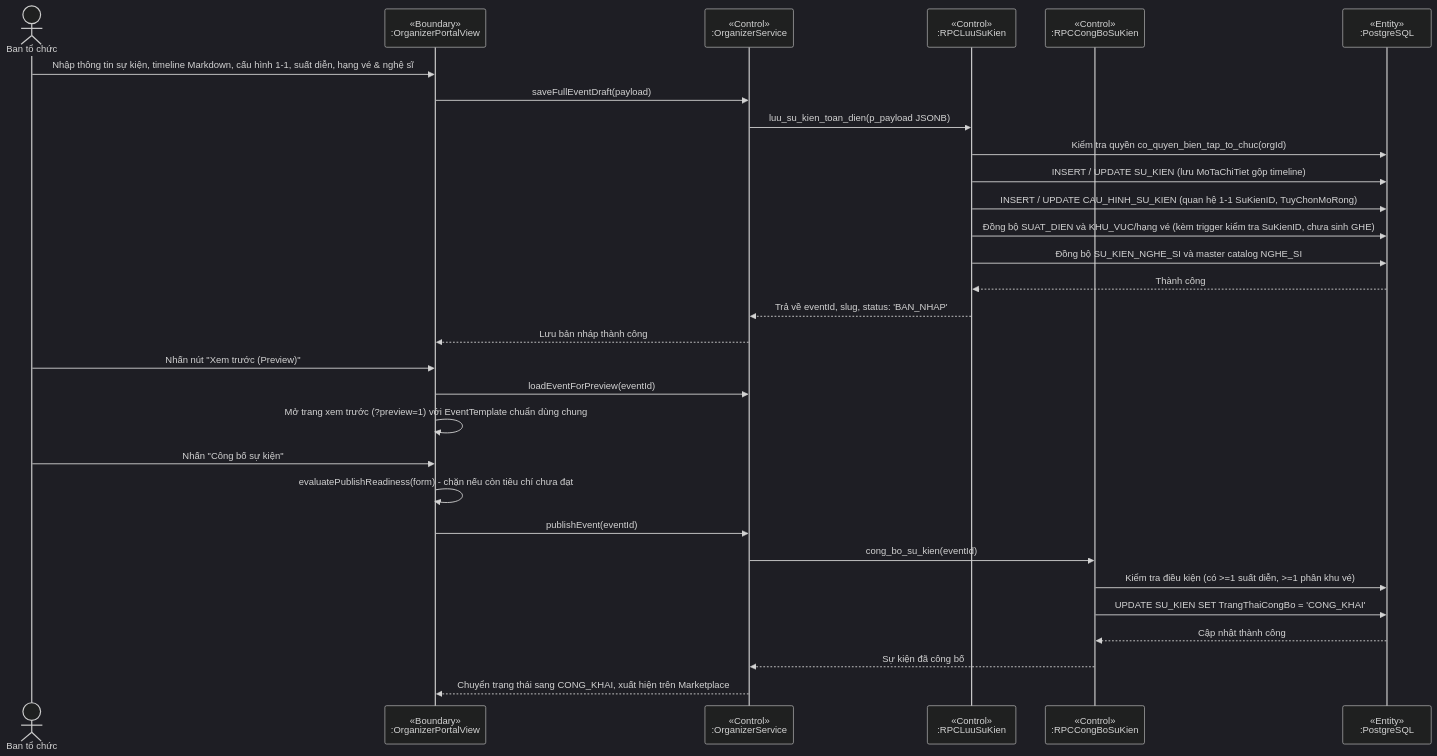
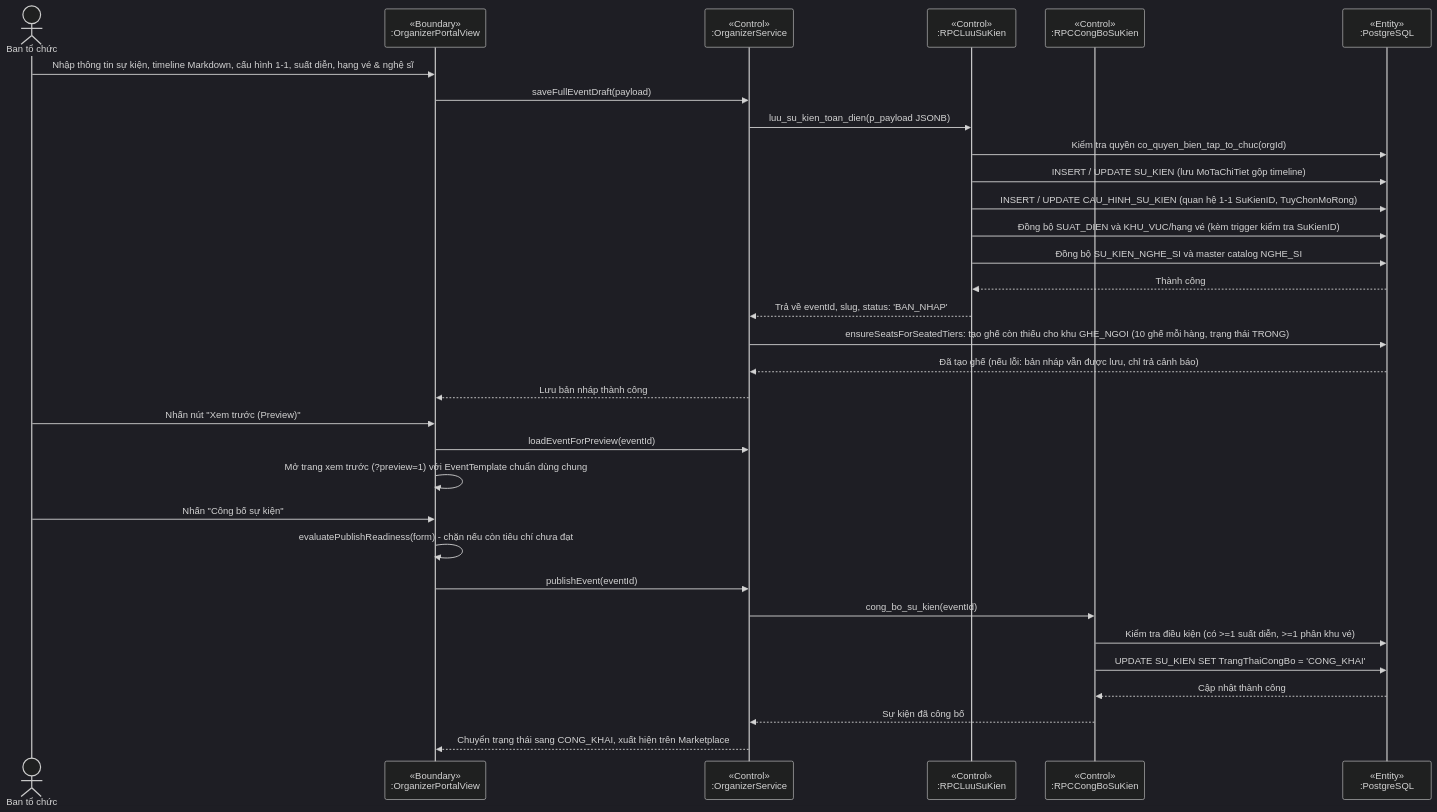
One commit to minhdc2011/EVENTTICKETING changed diagram 13 of 16 in docs/sprint1-deliverables/02_ANALYSIS_AND_SYSTEM_DESIGN.md. Above: the diagram before and after it, drawn with Mermaid (dark theme). The commit also changed 4 other files, not shown here.

Commit message:
docs: dong bo tai lieu voi code sinh ghe khi luu ban nhap (ensureSeatsForSeatedTiers)

````diff
--- a/docs/sprint1-deliverables/02_ANALYSIS_AND_SYSTEM_DESIGN.md
+++ b/docs/sprint1-deliverables/02_ANALYSIS_AND_SYSTEM_DESIGN.md
@@ -926,35 +926,37 @@
 ```mermaid
 sequenceDiagram
   actor O as Ban tổ chức
   participant UI as «Boundary»<br/>:OrganizerPortalView
   participant OS as «Control»<br/>:OrganizerService
   participant RPC_SAVE as «Control»<br/>:RPCLuuSuKien
   participant RPC_PUB as «Control»<br/>:RPCCongBoSuKien
   participant DB as «Entity»<br/>:PostgreSQL
 
   O->>UI: Nhập thông tin sự kiện, timeline Markdown, cấu hình 1-1, suất diễn, hạng vé & nghệ sĩ
   UI->>OS: saveFullEventDraft(payload)
   OS->>RPC_SAVE: luu_su_kien_toan_dien(p_payload JSONB)
   RPC_SAVE->>DB: Kiểm tra quyền co_quyen_bien_tap_to_chuc(orgId)
   RPC_SAVE->>DB: INSERT / UPDATE SU_KIEN (lưu MoTaChiTiet gộp timeline)
   RPC_SAVE->>DB: INSERT / UPDATE CAU_HINH_SU_KIEN (quan hệ 1-1 SuKienID, TuyChonMoRong)
-  RPC_SAVE->>DB: Đồng bộ SUAT_DIEN và KHU_VUC/hạng vé (kèm trigger kiểm tra SuKienID, chưa sinh GHE)
+  RPC_SAVE->>DB: Đồng bộ SUAT_DIEN và KHU_VUC/hạng vé (kèm trigger kiểm tra SuKienID)
   RPC_SAVE->>DB: Đồng bộ SU_KIEN_NGHE_SI và master catalog NGHE_SI
   DB-->>RPC_SAVE: Thành công
   RPC_SAVE-->>OS: Trả về eventId, slug, status: 'BAN_NHAP'
+  OS->>DB: ensureSeatsForSeatedTiers: tạo ghế còn thiếu cho khu GHE_NGOI (10 ghế mỗi hàng, trạng thái TRONG)
+  DB-->>OS: Đã tạo ghế (nếu lỗi: bản nháp vẫn được lưu, chỉ trả cảnh báo)
   OS-->>UI: Lưu bản nháp thành công
 
   O->>UI: Nhấn nút "Xem trước (Preview)"
   UI->>OS: loadEventForPreview(eventId)
   UI->>UI: Mở trang xem trước (?preview=1) với EventTemplate chuẩn dùng chung
 
   O->>UI: Nhấn "Công bố sự kiện"
   UI->>UI: evaluatePublishReadiness(form) - chặn nếu còn tiêu chí chưa đạt
   UI->>OS: publishEvent(eventId)
   OS->>RPC_PUB: cong_bo_su_kien(eventId)
   RPC_PUB->>DB: Kiểm tra điều kiện (có >=1 suất diễn, >=1 phân khu vé)
   RPC_PUB->>DB: UPDATE SU_KIEN SET TrangThaiCongBo = 'CONG_KHAI'
   DB-->>RPC_PUB: Cập nhật thành công
   RPC_PUB-->>OS: Sự kiện đã công bố
   OS-->>UI: Chuyển trạng thái sang CONG_KHAI, xuất hiện trên Marketplace
 ```
````
